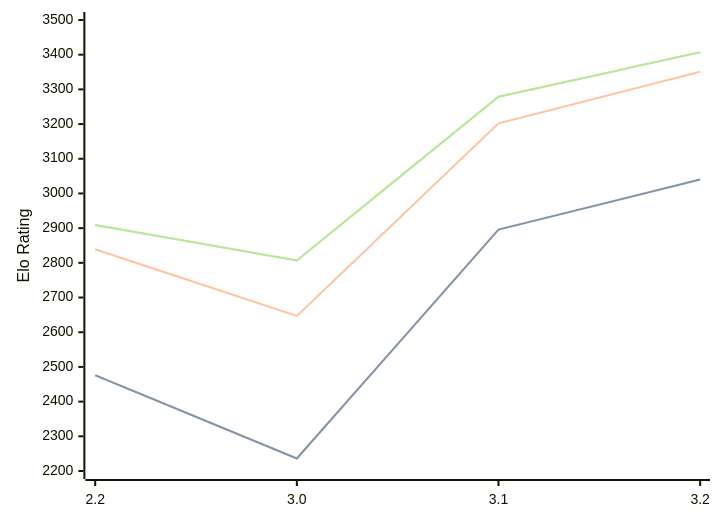
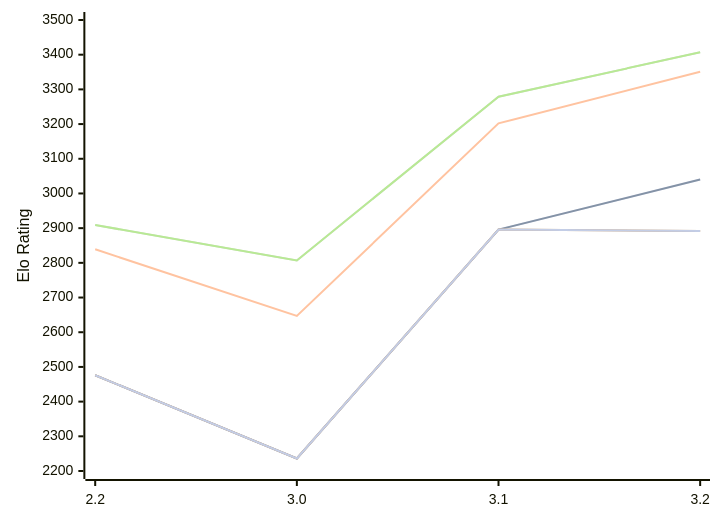
Before and after one commit to computer-chess-index/cci: the diagram in engines/Thrawn.md, drawn with Mermaid. The commit also changed other lines of this file, not shown here.

Commit message:
Update CCI Ratings (ELO VLTC) - 2026-10-11

````diff
--- a/engines/Thrawn.md
+++ b/engines/Thrawn.md
@@ -50,16 +50,13 @@
 ```mermaid
 %%{init: {"theme":"base","themeVariables":{"seriesColors:['#a3a3a3','#222221','#faa371']}}}%%
 xychart-beta
   x-axis ["2.2", "3.0", "3.1", "3.2"]
   y-axis "Elo Rating" 2200 --> 3500
   line "" [2476, 2236, 2896, 3040]
   line "T1: STC (8.0+0.08s)" [2476, 2236, 2896, 3040]
   line "T1: LTC (60.0+0.60s)" [2839, 2647, 3202, 3351]
   line "" [2909, 2807, 3279, 3407]
   line "T1: VLTC (2m24s+1.12s)" [2909, 2807, 3279, 3407]
-  line "" [2880]
-  line "E1: STC (8.0+0.08s)" [2880]
-  line "E1: LTC (60.0+0.60s)" [3279]
-  line "" [3355]
-  line "E1: VLTC (2m24s+1.12s)" [3355]
+  line "" [2476, 2236, 2896,2892]
+  line "E1: STC (8.0+0.08s)" [2476, 2236, 2896,2892]
 ```
````
